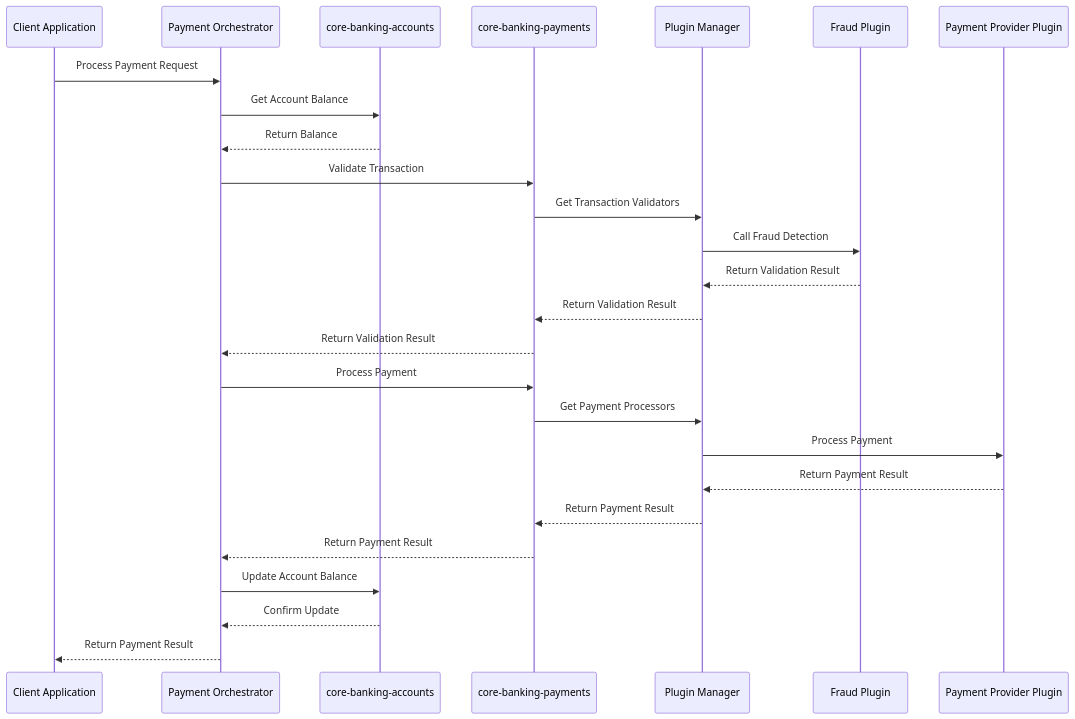
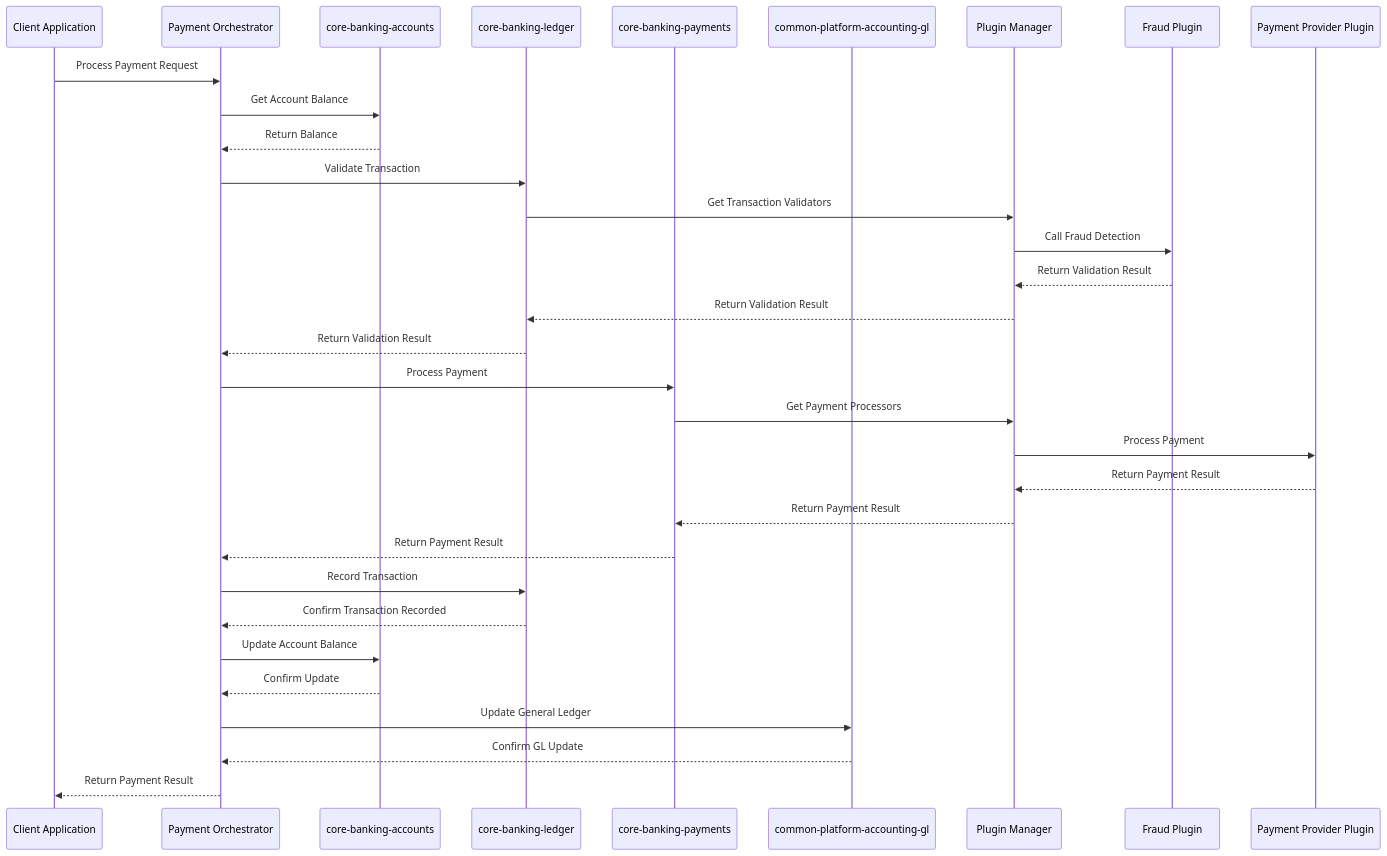
The third of 5 diagrams in README.md (firefly-oss/lib-plugin-manager), drawn with Mermaid before and after one commit. The commit also changed other lines of this file and 1 other file, not shown here.

Commit message:
docs: update information

````diff
--- a/README.md
+++ b/README.md
@@ -410,29 +412,35 @@
 ```mermaid
 sequenceDiagram
     participant Client as Client Application
     participant Orch as Payment Orchestrator
     participant Acct as core-banking-accounts
+    participant Ledger as core-banking-ledger
     participant Pay as core-banking-payments
+    participant GL as common-platform-accounting-gl
     participant PM as Plugin Manager
     participant FP as Fraud Plugin
     participant PP as Payment Provider Plugin
 
     Client->>Orch: Process Payment Request
     Orch->>Acct: Get Account Balance
     Acct-->>Orch: Return Balance
-    Orch->>Pay: Validate Transaction
-    Pay->>PM: Get Transaction Validators
+    Orch->>Ledger: Validate Transaction
+    Ledger->>PM: Get Transaction Validators
     PM->>FP: Call Fraud Detection
     FP-->>PM: Return Validation Result
-    PM-->>Pay: Return Validation Result
-    Pay-->>Orch: Return Validation Result
+    PM-->>Ledger: Return Validation Result
+    Ledger-->>Orch: Return Validation Result
     Orch->>Pay: Process Payment
     Pay->>PM: Get Payment Processors
     PM->>PP: Process Payment
     PP-->>PM: Return Payment Result
     PM-->>Pay: Return Payment Result
     Pay-->>Orch: Return Payment Result
+    Orch->>Ledger: Record Transaction
+    Ledger-->>Orch: Confirm Transaction Recorded
     Orch->>Acct: Update Account Balance
     Acct-->>Orch: Confirm Update
+    Orch->>GL: Update General Ledger
+    GL-->>Orch: Confirm GL Update
     Orch-->>Client: Return Payment Result
 ```
````
